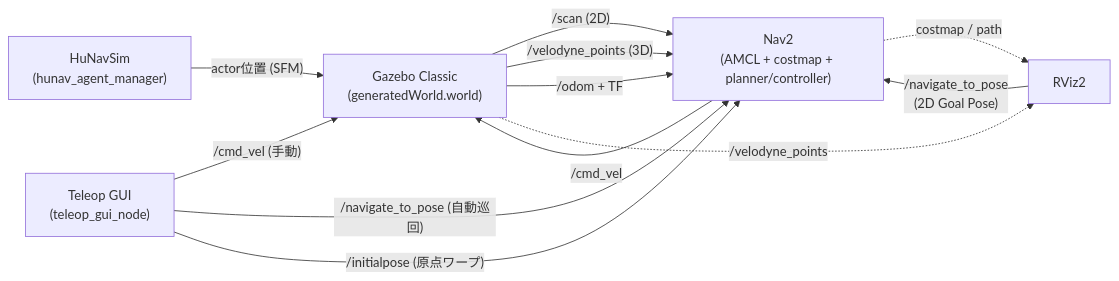
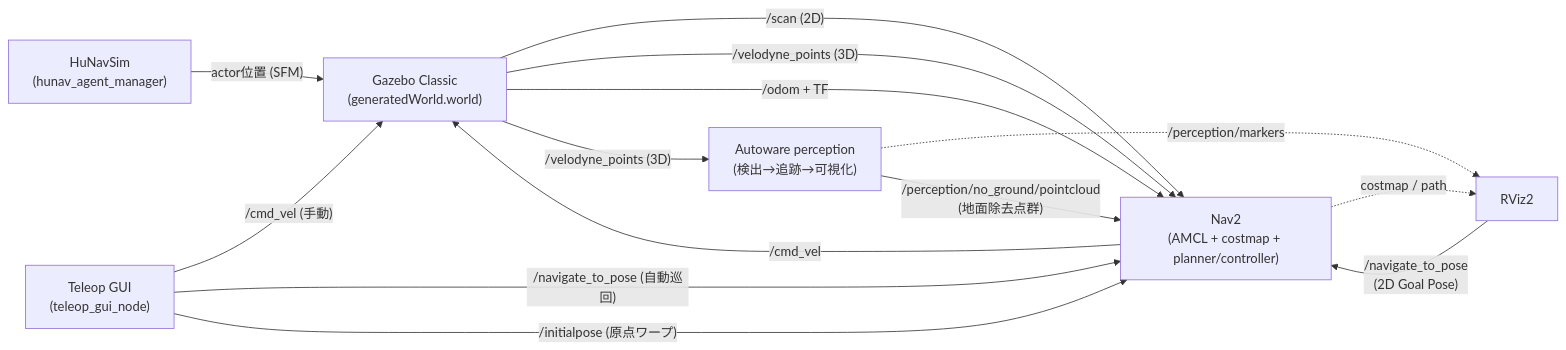
Before and after one commit to sato-susumu/susumu_object_perception: the first of 6 diagrams in docs/software_design.md, drawn with Mermaid. The commit also changed other lines of this file and 17 other files, not shown here.

````diff
--- a/docs/software_design.md
+++ b/docs/software_design.md
@@ -31,14 +38,16 @@
 ```mermaid
 flowchart LR
     HUNAV["HuNavSim\n(hunav_agent_manager)"] -- "actor位置 (SFM)" --> GZ
     GZ["Gazebo Classic\n(generatedWorld.world)"] -- "/scan (2D)" --> NAV2
     GZ -- "/velodyne_points (3D)" --> NAV2
     GZ -- "/odom + TF" --> NAV2
     NAV2["Nav2\n(AMCL + costmap + planner/controller)"] -- "/cmd_vel" --> GZ
     RVIZ["RViz2"] -- "/navigate_to_pose\n(2D Goal Pose)" --> NAV2
     GUI["Teleop GUI\n(teleop_gui_node)"] -- "/cmd_vel (手動)" --> GZ
     GUI -- "/navigate_to_pose (自動巡回)" --> NAV2
     GUI -- "/initialpose (原点ワープ)" --> NAV2
     NAV2 -. "costmap / path" .-> RVIZ
-    GZ -. "/velodyne_points" .-> RVIZ
+    GZ -- "/velodyne_points (3D)" --> AWP
+    AWP["Autoware perception\n(検出→追跡→可視化)"] -. "/perception/markers" .-> RVIZ
+    AWP -- "/perception/no_ground/pointcloud\n(地面除去点群)" --> NAV2
 ```
````
